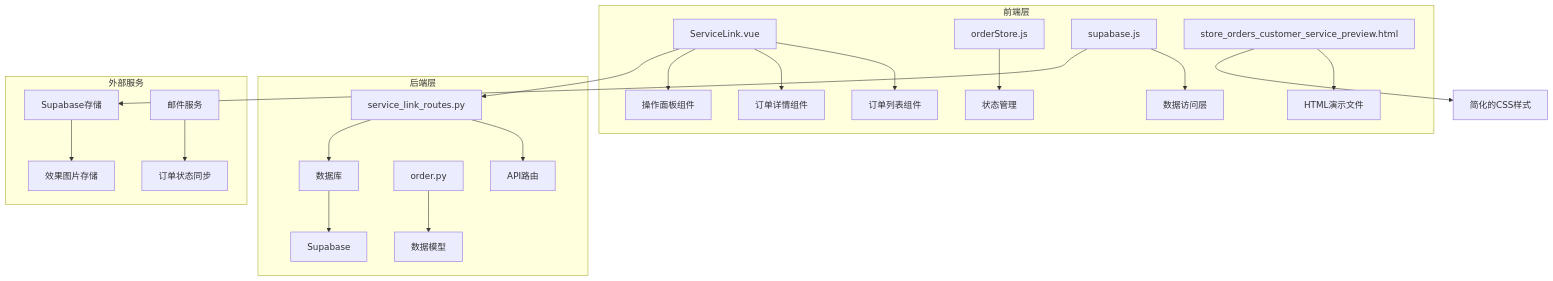
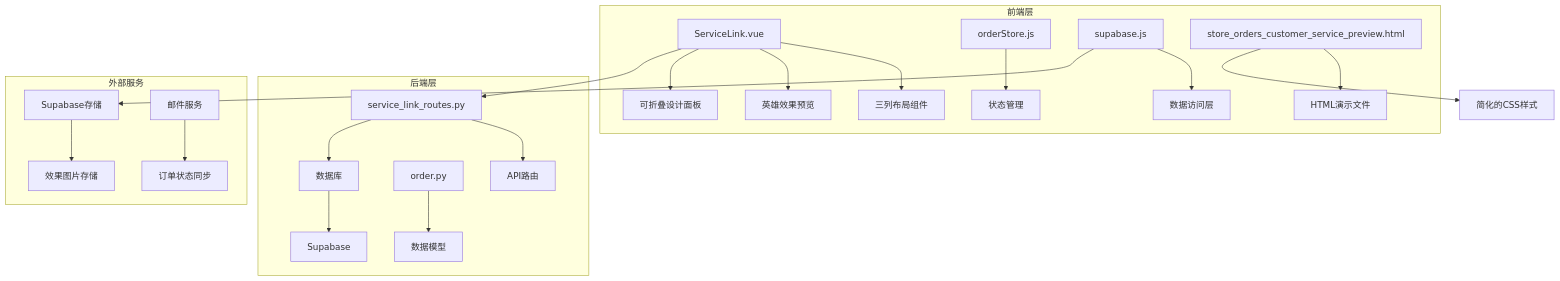
Before and after one commit to SY6621/POD-Order-Management: the first of 18 diagrams in .qoder/repowiki/zh/content/开发指南/客服外链左侧栏模板.md, drawn with Mermaid. The commit also changed other lines of this file and 7 other files, not shown here.

````diff
--- a/.qoder/repowiki/zh/content/开发指南/客服外链左侧栏模板.md
+++ b/.qoder/repowiki/zh/content/开发指南/客服外链左侧栏模板.md
@@ -54,24 +59,24 @@
 ```mermaid
 graph TB
 subgraph "前端层"
-A[ServiceLink.vue] --> B[订单列表组件]
-A --> C[订单详情组件]
-A --> D[操作面板组件]
+A[ServiceLink.vue] --> B[三列布局组件]
+A --> C[英雄效果预览]
+A --> D[可折叠设计面板]
 E[orderStore.js] --> F[状态管理]
 G[supabase.js] --> H[数据访问层]
 I[store_orders_customer_service_preview.html] --> J[HTML演示文件]
 end
 subgraph "后端层"
 K[service_link_routes.py] --> L[API路由]
 M[order.py] --> N[数据模型]
 O[数据库] --> P[Supabase]
 end
 subgraph "外部服务"
 Q[Supabase存储] --> R[效果图片存储]
 S[邮件服务] --> T[订单状态同步]
 end
 A --> K
 K --> O
 G --> Q
 I --> U[简化的CSS样式]
 ```
````
